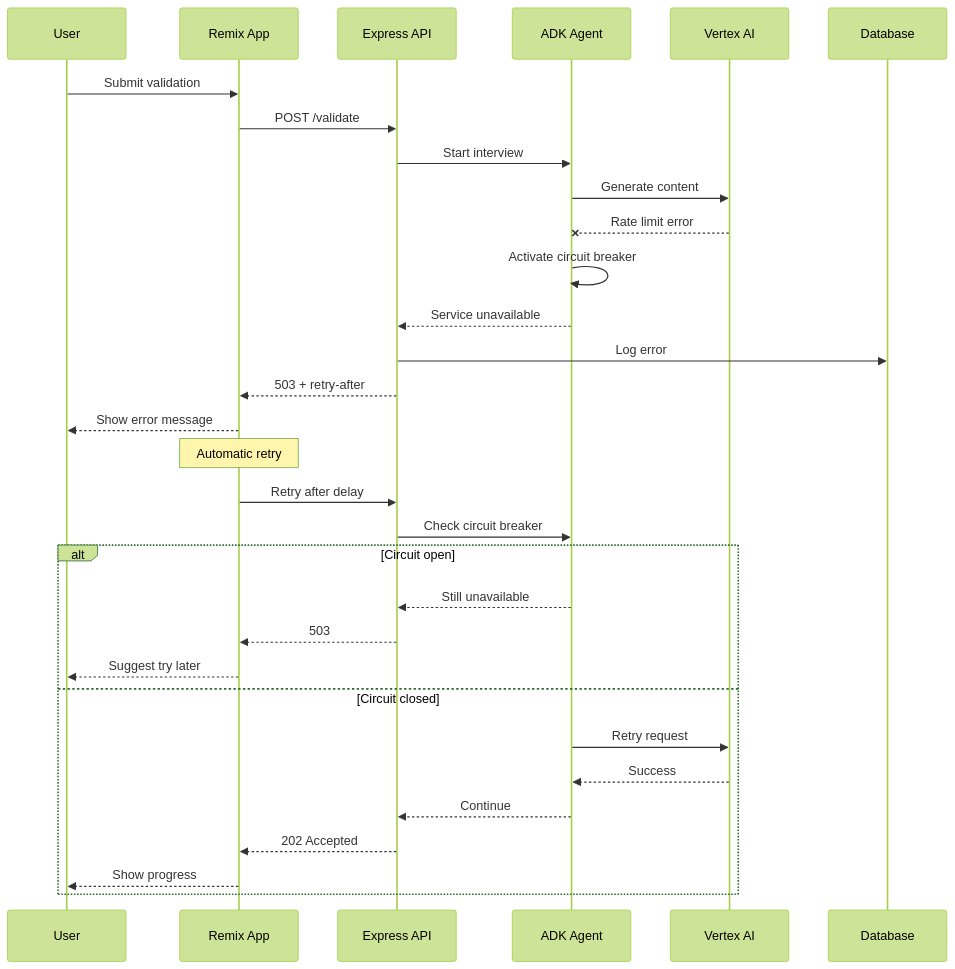
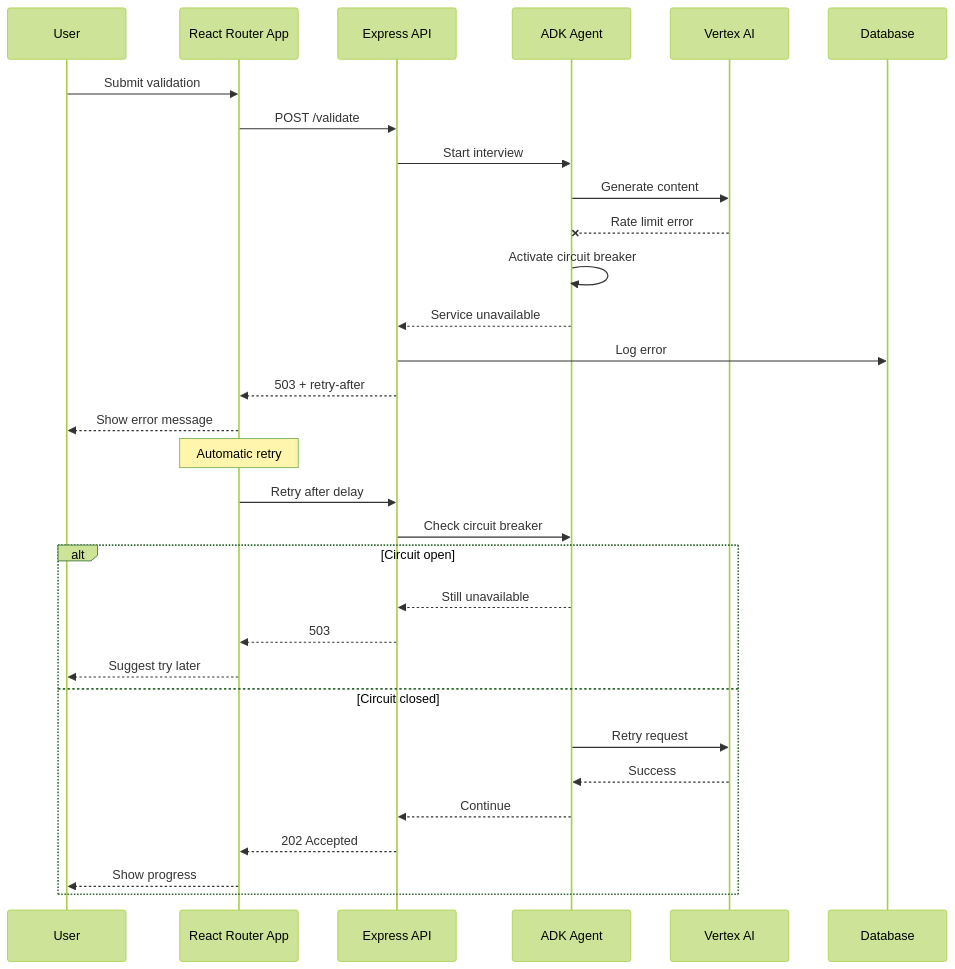
One commit to lmtNoLimit/the-compass changed the fifth of 5 diagrams in docs/architecture/core-workflows.md. Above: the diagram before and after it, drawn with Mermaid (forest theme). The commit also changed other lines of this file and 92 other files, not shown here.

First line of the commit message:
refactor: migrate from monorepo to unified React Router structure

````diff
--- a/docs/architecture/core-workflows.md
+++ b/docs/architecture/core-workflows.md
@@ -147,36 +147,36 @@
 ```mermaid
 sequenceDiagram
     participant U as User
-    participant R as Remix App
+    participant R as React Router App
     participant A as Express API
     participant ADK as ADK Agent
     participant V as Vertex AI
     participant D as Database
 
     U->>R: Submit validation
     R->>A: POST /validate
     A->>ADK: Start interview
     ADK->>V: Generate content
     V--xADK: Rate limit error
     
     ADK->>ADK: Activate circuit breaker
     ADK-->>A: Service unavailable
     A->>D: Log error
     A-->>R: 503 + retry-after
     R-->>U: Show error message
     
     Note over R: Automatic retry
     R->>A: Retry after delay
     A->>ADK: Check circuit breaker
     alt Circuit open
         ADK-->>A: Still unavailable
         A-->>R: 503
         R-->>U: Suggest try later
     else Circuit closed
         ADK->>V: Retry request
         V-->>ADK: Success
         ADK-->>A: Continue
         A-->>R: 202 Accepted
         R-->>U: Show progress
     end
 ```
````
